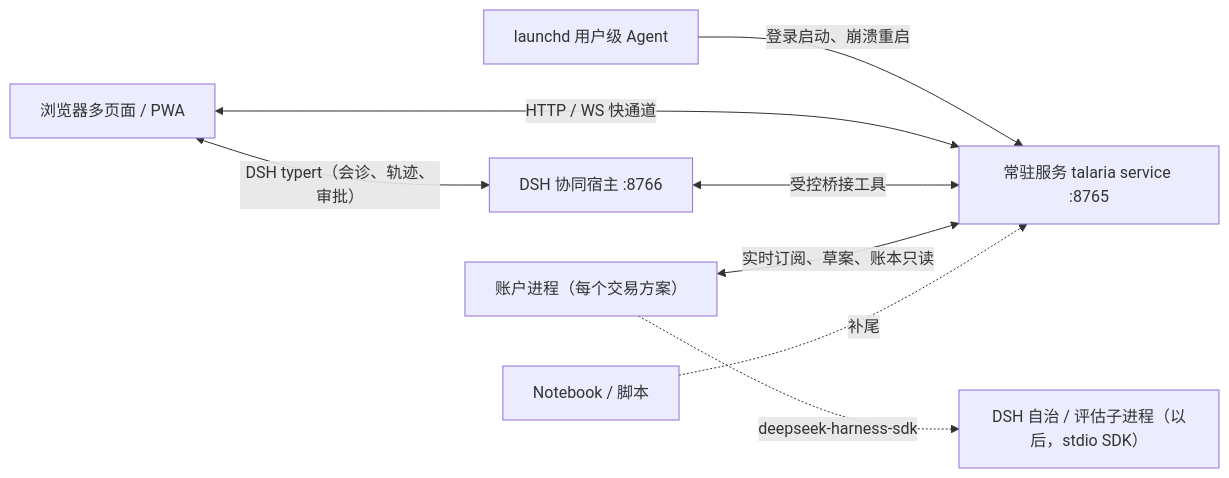
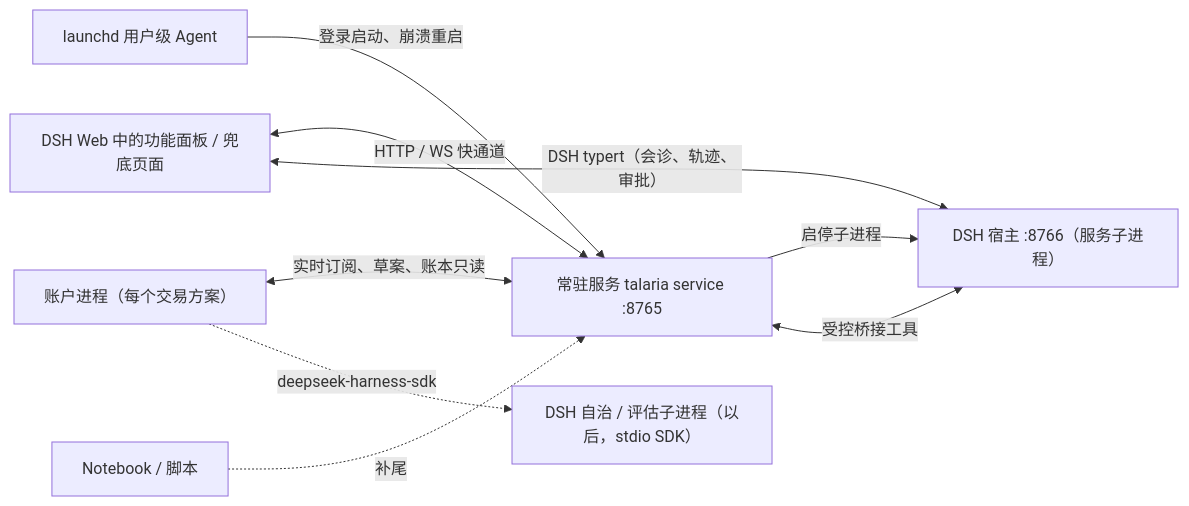
One commit to Dikui/Talaria changed the second of 2 diagrams in docs/architecture.md. Above: the diagram before and after it, drawn with Mermaid. The commit also changed other lines of this file and 4 other files, not shown here.

````diff
--- a/docs/architecture.md
+++ b/docs/architecture.md
@@ -515,18 +518,19 @@
 ```mermaid
 flowchart LR
   Launchd["launchd 用户级 Agent"]
   Svc["常驻服务 talaria service :8765"]
-  Browser["浏览器多页面 / PWA"]
-  DSHWeb["DSH 协同宿主 :8766"]
+  Browser["DSH Web 中的功能面板 / 兜底页面"]
+  DSHWeb["DSH 宿主 :8766（服务子进程）"]
   Acct["账户进程（每个交易方案）"]
   NB["Notebook / 脚本"]
   DSHAuto["DSH 自治 / 评估子进程（以后，stdio SDK）"]
 
   Launchd -->|"登录启动、崩溃重启"| Svc
+  Svc -->|"启停子进程"| DSHWeb
   Browser <-->|"HTTP / WS 快通道"| Svc
   Browser <-->|"DSH typert（会诊、轨迹、审批）"| DSHWeb
   DSHWeb <-->|"受控桥接工具"| Svc
   Acct <-->|"实时订阅、草案、账本只读"| Svc
   NB -. "补尾" .-> Svc
   Acct -. "deepseek-harness-sdk" .-> DSHAuto
 ```
````
